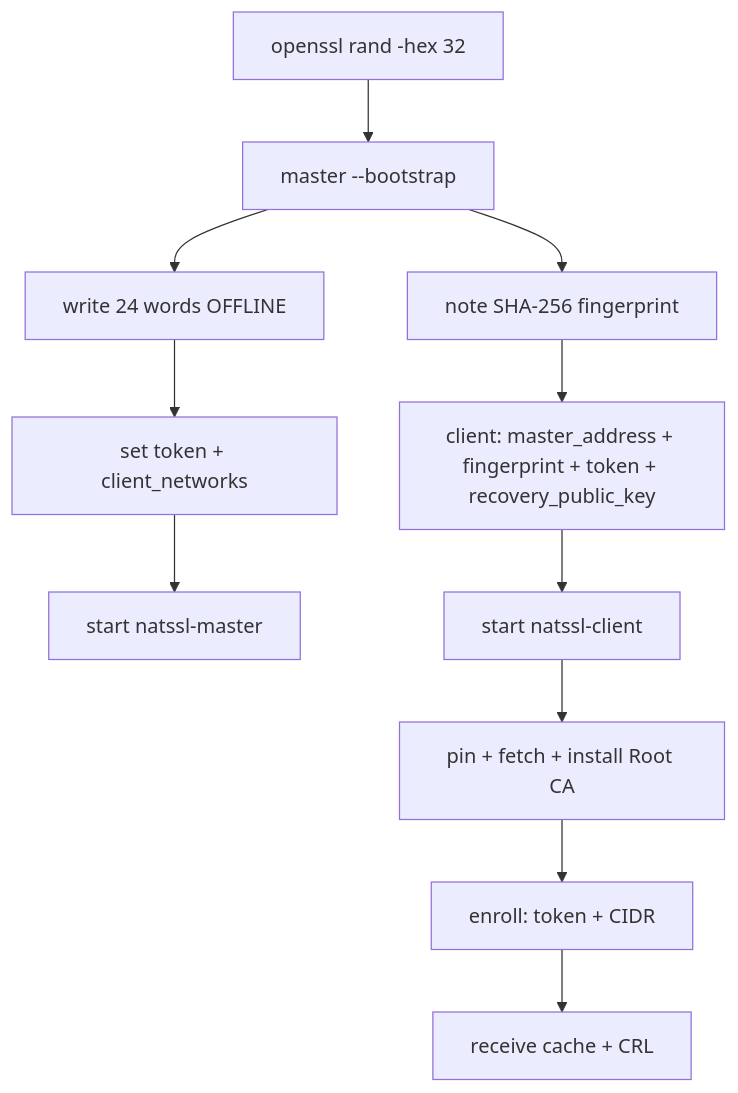
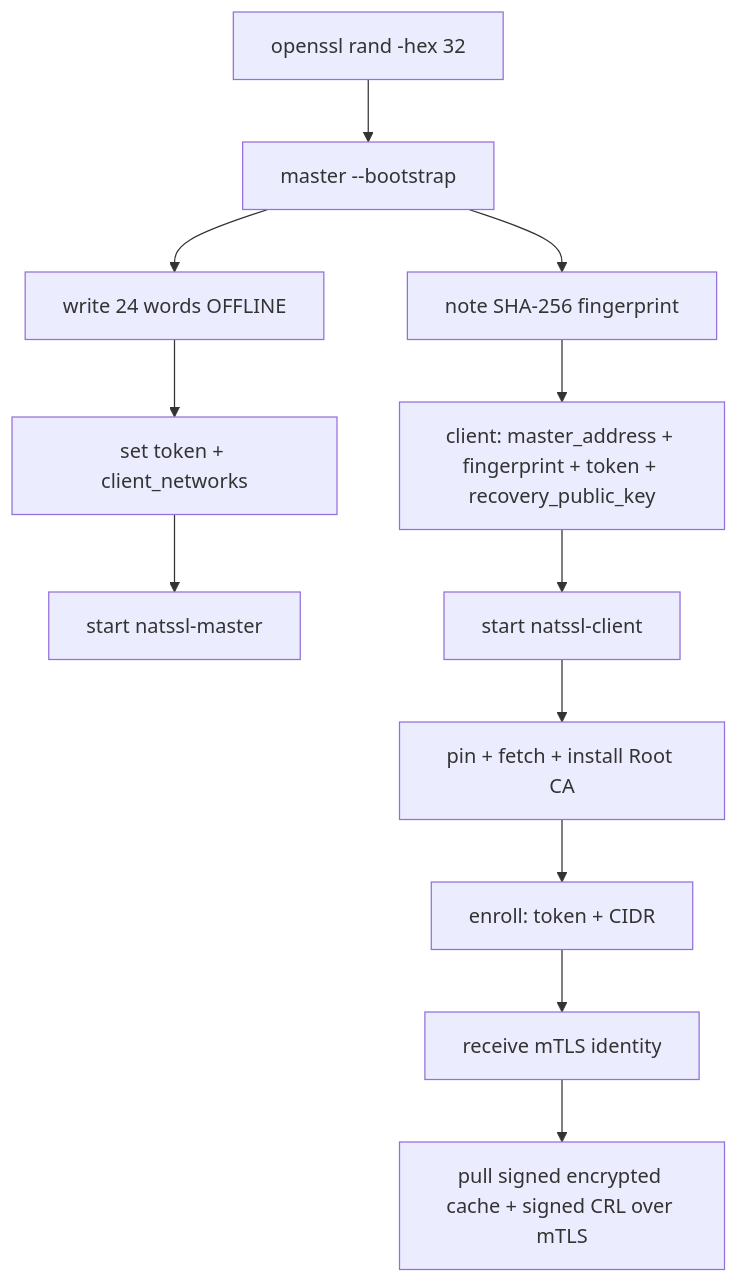
Before and after one commit to iskyneon/natssl: the first of 2 diagrams in docs/DEPLOYMENT.md, drawn with Mermaid. The commit also changed other lines of this file and 27 other files, not shown here.

Commit message:
Complete mTLS enrollment and secure pull replication

````diff
--- a/docs/DEPLOYMENT.md
+++ b/docs/DEPLOYMENT.md
@@ -73,13 +78,14 @@
 ```mermaid
 flowchart TD
     T[openssl rand -hex 32] --> A[master --bootstrap]
     A --> FP[note SHA-256 fingerprint]
     A --> B[write 24 words OFFLINE]
     B --> C[set token + client_networks]
     C --> D[start natssl-master]
     FP --> E[client: master_address + fingerprint + token + recovery_public_key]
     E --> F[start natssl-client]
     F --> G[pin + fetch + install Root CA]
     G --> H[enroll: token + CIDR]
-    H --> I[receive cache + CRL]
+    H --> I[receive mTLS identity]
+    I --> J[pull signed encrypted cache + signed CRL over mTLS]
 ```
````
